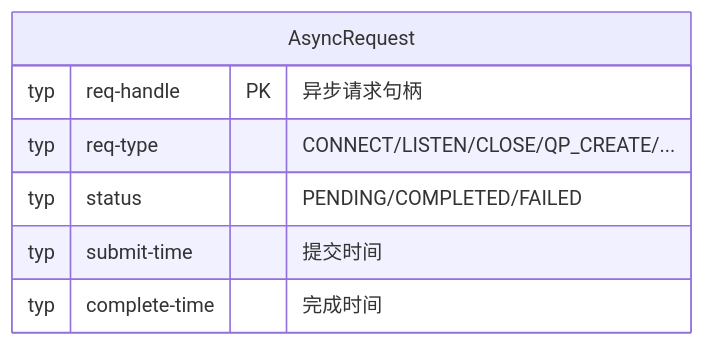
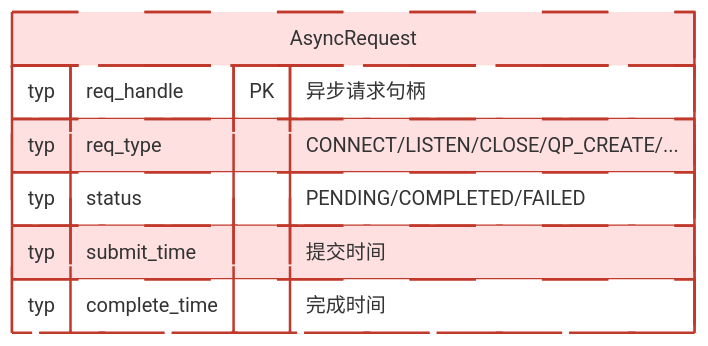
Before and after one commit to Fengfengst123/hcomm-mirror: diagram 16 of 19 in test/hccl_vm/docs/simulator_runner_data_model.md, drawn with Mermaid. The commit also changed other lines of this file and 701 other files, not shown here.

````diff
--- a/test/hccl_vm/docs/simulator_runner_data_model.md
+++ b/test/hccl_vm/docs/simulator_runner_data_model.md
@@ -1165,10 +1433,13 @@
 ```mermaid
 erDiagram
     AsyncRequest {
-        typ req-handle PK "异步请求句柄"
-        typ req-type "CONNECT/LISTEN/CLOSE/QP_CREATE/..."
+        typ req_handle PK "异步请求句柄"
+        typ req_type "CONNECT/LISTEN/CLOSE/QP_CREATE/..."
         typ status "PENDING/COMPLETED/FAILED"
-        typ submit-time "提交时间"
-        typ complete-time "完成时间"
+        typ submit_time "提交时间"
+        typ complete_time "完成时间"
     }
+
+    classDef unimplemented fill:#ffe0e0,stroke:#c0392b,stroke-width:2px,stroke-dasharray:5 3
+    class AsyncRequest unimplemented
 ```
````
